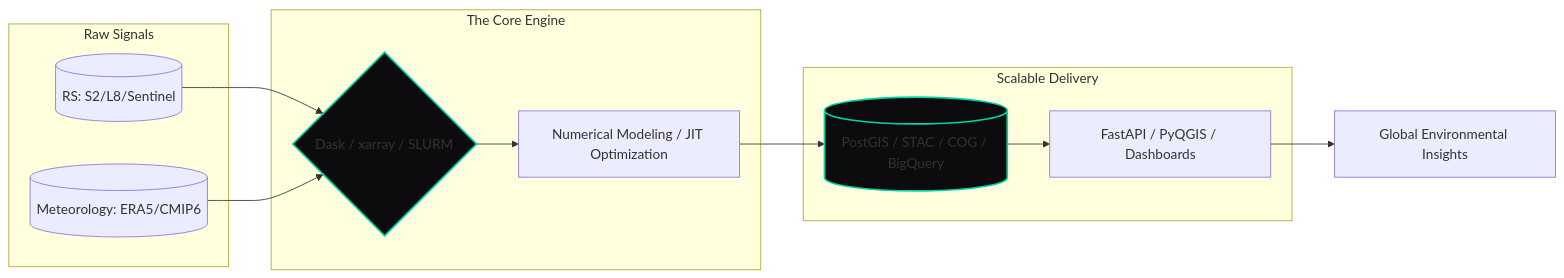
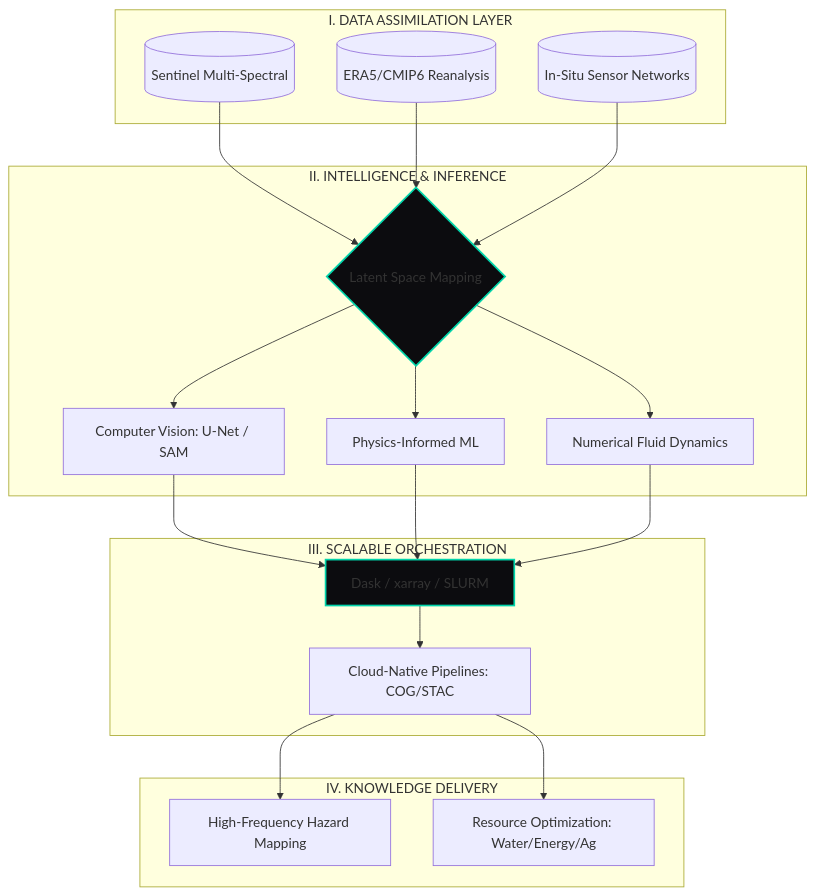
One commit to BadibossPy/BadibossPy changed the diagram in README.md. Above: the diagram before and after it, drawn with Mermaid. The commit also changed other lines of this file, not shown here.

Commit message:
Revise README for branding and project updates
Updated personal branding and project descriptions in README. Added new sections for Unified Environmental Observation System and Emerging Frontiers & Research Focus.

````diff
--- a/README.md
+++ b/README.md
@@ -19,26 +14,34 @@
 ```mermaid
-graph LR
-    subgraph "Raw Signals"
-        A[(RS: S2/L8/Sentinel)]
-        B[(Meteorology: ERA5/CMIP6)]
+graph TD
+    subgraph "I. DATA ASSIMILATION LAYER"
+        A1[(Sentinel Multi-Spectral)]
+        A2[(ERA5/CMIP6 Reanalysis)]
+        A3[(In-Situ Sensor Networks)]
     end
-    
-    subgraph "The Core Engine"
-        C{Dask / xarray / SLURM}
-        D[Numerical Modeling / JIT Optimization]
+
+    subgraph "II. INTELLIGENCE & INFERENCE"
+        B1{Latent Space Mapping}
+        B2[Computer Vision: U-Net / SAM]
+        B3[Physics-Informed ML]
+        B4[Numerical Fluid Dynamics]
     end
-    
-    subgraph "Scalable Delivery"
-        E[(PostGIS / STAC / COG / BigQuery)]
-        F[FastAPI / PyQGIS / Dashboards]
+
+    subgraph "III. SCALABLE ORCHESTRATION"
+        C1[Dask / xarray / SLURM]
+        C2[Cloud-Native Pipelines: COG/STAC]
     end
-    
-    A & B --> C
-    C --> D
-    D --> E
-    E --> F
-    F --> G[Global Environmental Insights]
-    
-    style C fill:#0c0c0f,stroke:#00d4aa,stroke-width:2px;
-    style E fill:#0c0c0f,stroke:#00d4aa,stroke-width:2px;
+
+    subgraph "IV. KNOWLEDGE DELIVERY"
+        D1[High-Frequency Hazard Mapping]
+        D2[Resource Optimization: Water/Energy/Ag]
+    end
+
+    A1 & A2 & A3 --> B1
+    B1 --> B2 & B3 & B4
+    B2 & B3 & B4 --> C1
+    C1 --> C2
+    C2 --> D1 & D2
+
+    style B1 fill:#0c0c0f,stroke:#00d4aa,stroke-width:2px;
+    style C1 fill:#0c0c0f,stroke:#00d4aa,stroke-width:2px;
 ```
````
